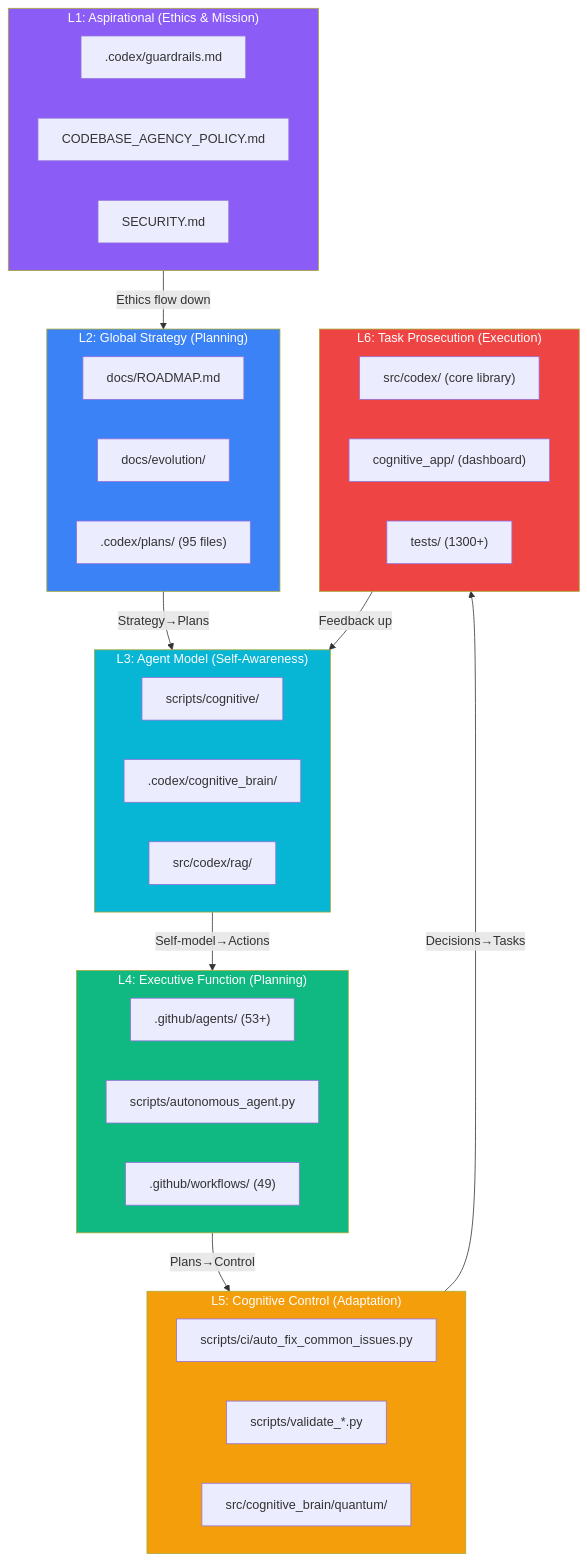
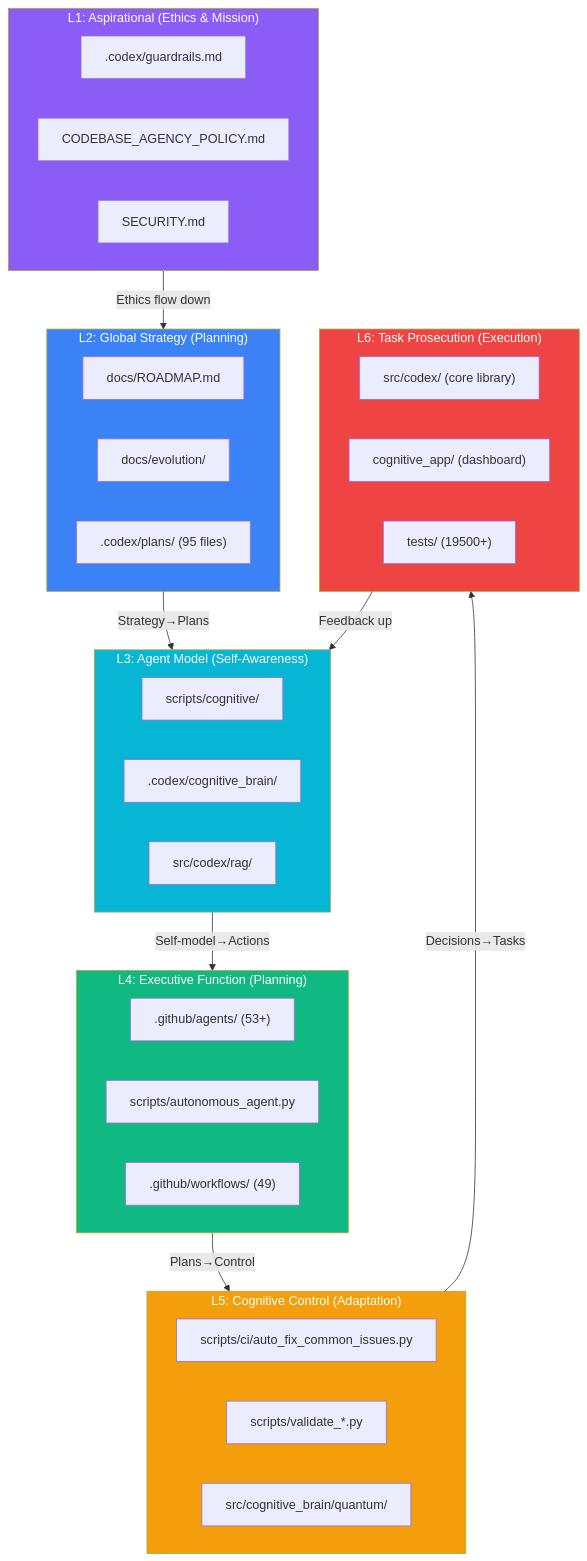
Before and after one commit to Aries-Serpent/_codex_: the diagram in docs/evolution/COGNITIVE_CODEBASE_MAP.md, drawn with Mermaid. The commit also changed other lines of this file and 10 other files, not shown here.

Commit message:
feat(docs): systematic doc metrics sync — script, pre-commit hook, fix 27 stale Mermaid/KPI values

````diff
--- a/docs/evolution/COGNITIVE_CODEBASE_MAP.md
+++ b/docs/evolution/COGNITIVE_CODEBASE_MAP.md
@@ -12,52 +12,52 @@
 ```mermaid
 graph TD
     subgraph L1["L1: Aspirational (Ethics & Mission)"]
         E1[".codex/guardrails.md"]
         E2["CODEBASE_AGENCY_POLICY.md"]
         E3["SECURITY.md"]
     end
 
     subgraph L2["L2: Global Strategy (Planning)"]
         S1["docs/ROADMAP.md"]
         S2["docs/evolution/"]
         S3[".codex/plans/ (95 files)"]
     end
 
     subgraph L3["L3: Agent Model (Self-Awareness)"]
         M1["scripts/cognitive/"]
         M2[".codex/cognitive_brain/"]
         M3["src/codex/rag/"]
     end
 
     subgraph L4["L4: Executive Function (Planning)"]
         X1[".github/agents/ (53+)"]
         X2["scripts/autonomous_agent.py"]
         X3[".github/workflows/ (49)"]
     end
 
     subgraph L5["L5: Cognitive Control (Adaptation)"]
         C1["scripts/ci/auto_fix_common_issues.py"]
         C2["scripts/validate_*.py"]
         C3["src/cognitive_brain/quantum/"]
     end
 
     subgraph L6["L6: Task Prosecution (Execution)"]
         T1["src/codex/ (core library)"]
         T2["cognitive_app/ (dashboard)"]
-        T3["tests/ (1300+)"]
+        T3["tests/ (19500+)"]
     end
 
     L1 -->|"Ethics flow down"| L2
     L2 -->|"Strategy→Plans"| L3
     L3 -->|"Self-model→Actions"| L4
     L4 -->|"Plans→Control"| L5
     L5 -->|"Decisions→Tasks"| L6
     L6 -->|"Feedback up"| L3
 
     style L1 fill:#8b5cf6,color:#fff
     style L2 fill:#3b82f6,color:#fff
     style L3 fill:#06b6d4,color:#fff
     style L4 fill:#10b981,color:#fff
     style L5 fill:#f59e0b,color:#fff
     style L6 fill:#ef4444,color:#fff
 ```
````
